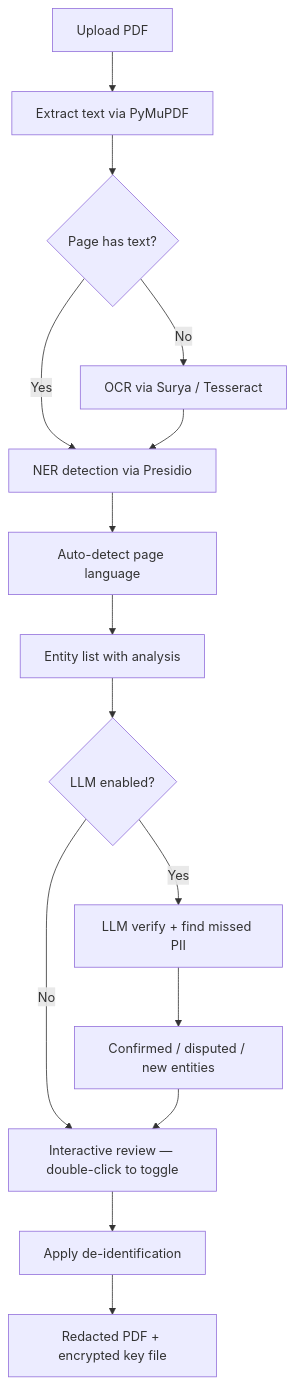
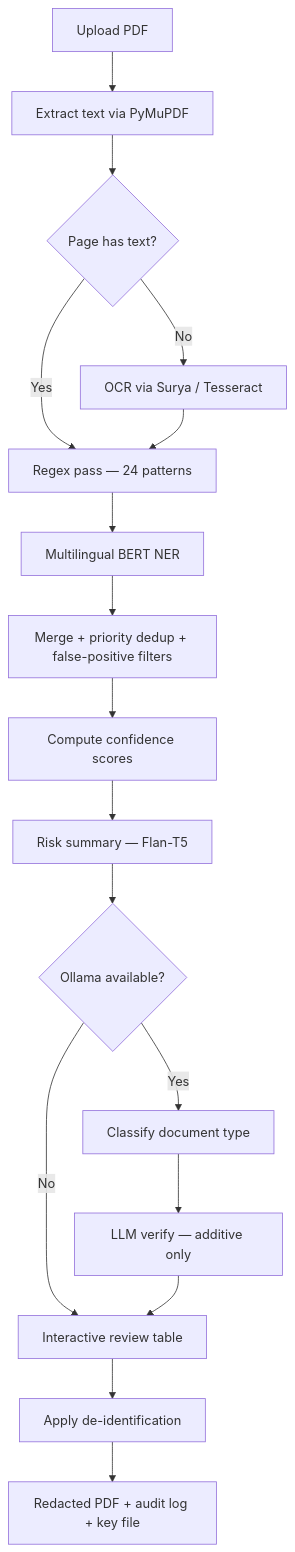
The first of 4 diagrams in README.md (alallaqi/go-calma-redact), drawn with Mermaid before and after one commit. The commit also changed other lines of this file and 4 other files, not shown here.

````diff
--- a/README.md
+++ b/README.md
@@ -21,17 +223,19 @@
 ```mermaid
 flowchart TD
     Upload[Upload PDF] --> Extract[Extract text via PyMuPDF]
     Extract --> OCR{Page has text?}
-    OCR -->|Yes| NER[NER detection via Presidio]
+    OCR -->|Yes| Regex[Regex pass — 24 patterns]
     OCR -->|No| SuryaOCR[OCR via Surya / Tesseract]
-    SuryaOCR --> NER
-    NER --> LangDetect[Auto-detect page language]
-    LangDetect --> Entities[Entity list with analysis]
-    Entities --> LLMCheck{LLM enabled?}
+    SuryaOCR --> Regex
+    Regex --> NER[Multilingual BERT NER]
+    NER --> Merge[Merge + priority dedup + false-positive filters]
+    Merge --> Confidence[Compute confidence scores]
+    Confidence --> Risk[Risk summary — Flan-T5]
+    Risk --> LLMCheck{Ollama available?}
     LLMCheck -->|No| Review
-    LLMCheck -->|Yes| LLMVerify[LLM verify + find missed PII]
-    LLMVerify --> Verified[Confirmed / disputed / new entities]
-    Verified --> Review[Interactive review — double-click to toggle]
+    LLMCheck -->|Yes| Classify[Classify document type]
+    Classify --> LLMVerify[LLM verify — additive only]
+    LLMVerify --> Review[Interactive review table]
     Review --> Redact[Apply de-identification]
-    Redact --> Output[Redacted PDF + encrypted key file]
+    Redact --> Output[Redacted PDF + audit log + key file]
 ```
````
